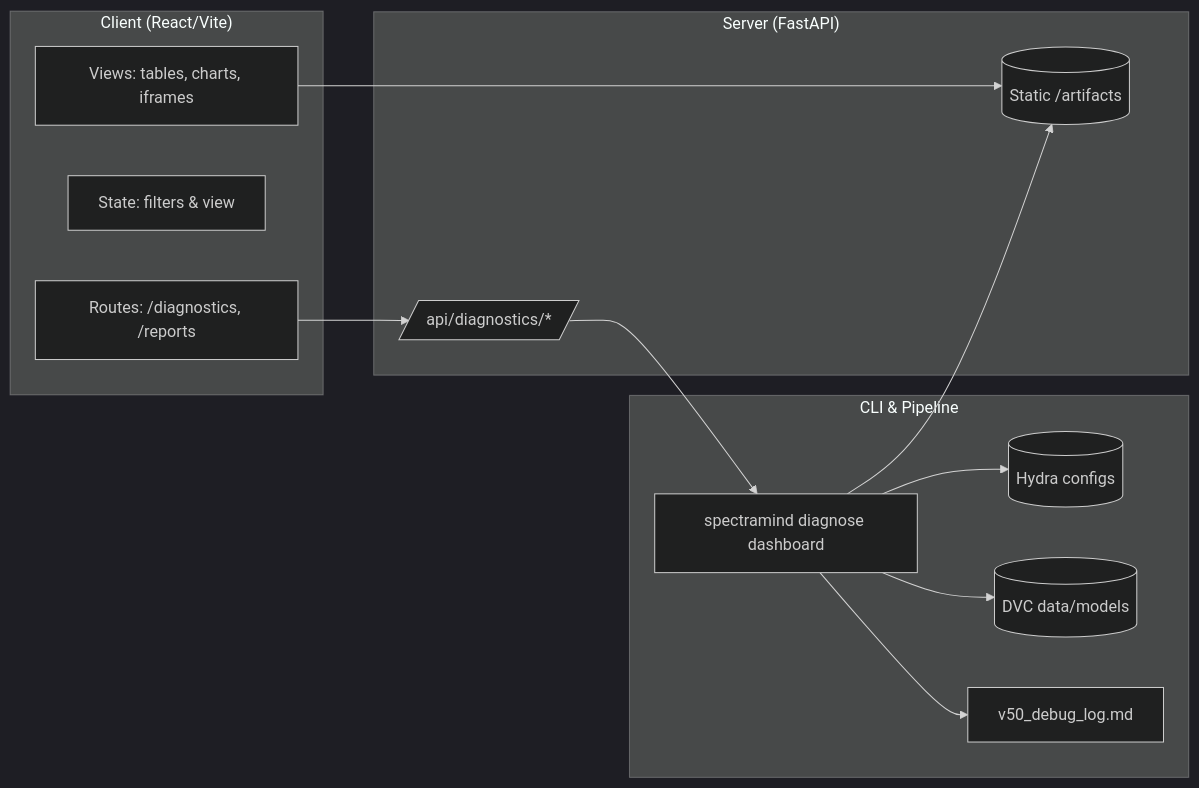
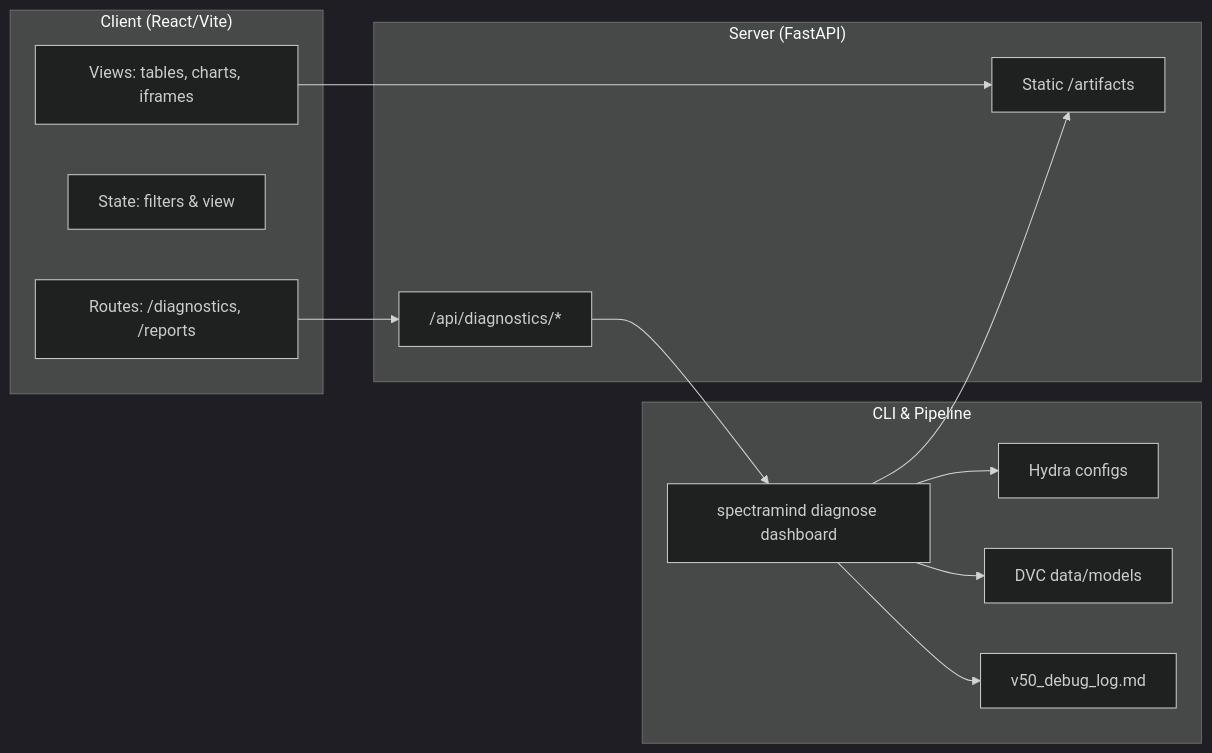
One commit to bartytime4life/ArielSensorArray changed the third of 3 diagrams in src/gui/app/README.md. Above: the diagram before and after it, drawn with Mermaid (dark theme). The commit also changed other lines of this file, not shown here.

Commit message:
Refine README.md with improved Mermaid syntax

````diff
--- a/src/gui/app/README.md
+++ b/src/gui/app/README.md
@@ -178,28 +175,28 @@
 ```mermaid
 flowchart LR
     subgraph Client ["Client (React/Vite)"]
-        R[Routes: /diagnostics, /reports]
-        S[State: filters & view]
-        V[Views: tables, charts, iframes]
+        R["Routes: /diagnostics, /reports"]
+        S["State: filters & view"]
+        V["Views: tables, charts, iframes"]
     end
 
     subgraph Server ["Server (FastAPI)"]
-        A[/api/diagnostics/*/]
-        X[(Static /artifacts)]
+        A["/api/diagnostics/*"]
+        X["Static /artifacts"]
     end
 
     subgraph Pipeline ["CLI & Pipeline"]
-        C[spectramind diagnose dashboard]
-        H[(Hydra configs)]
-        D[(DVC data/models)]
-        L[v50_debug_log.md]
+        C["spectramind diagnose dashboard"]
+        H["Hydra configs"]
+        D["DVC data/models"]
+        L["v50_debug_log.md"]
     end
 
     R --> A
     V --> X
     A --> C
     C --> X
     C --> L
     C --> H
     C --> D
 ```
````
